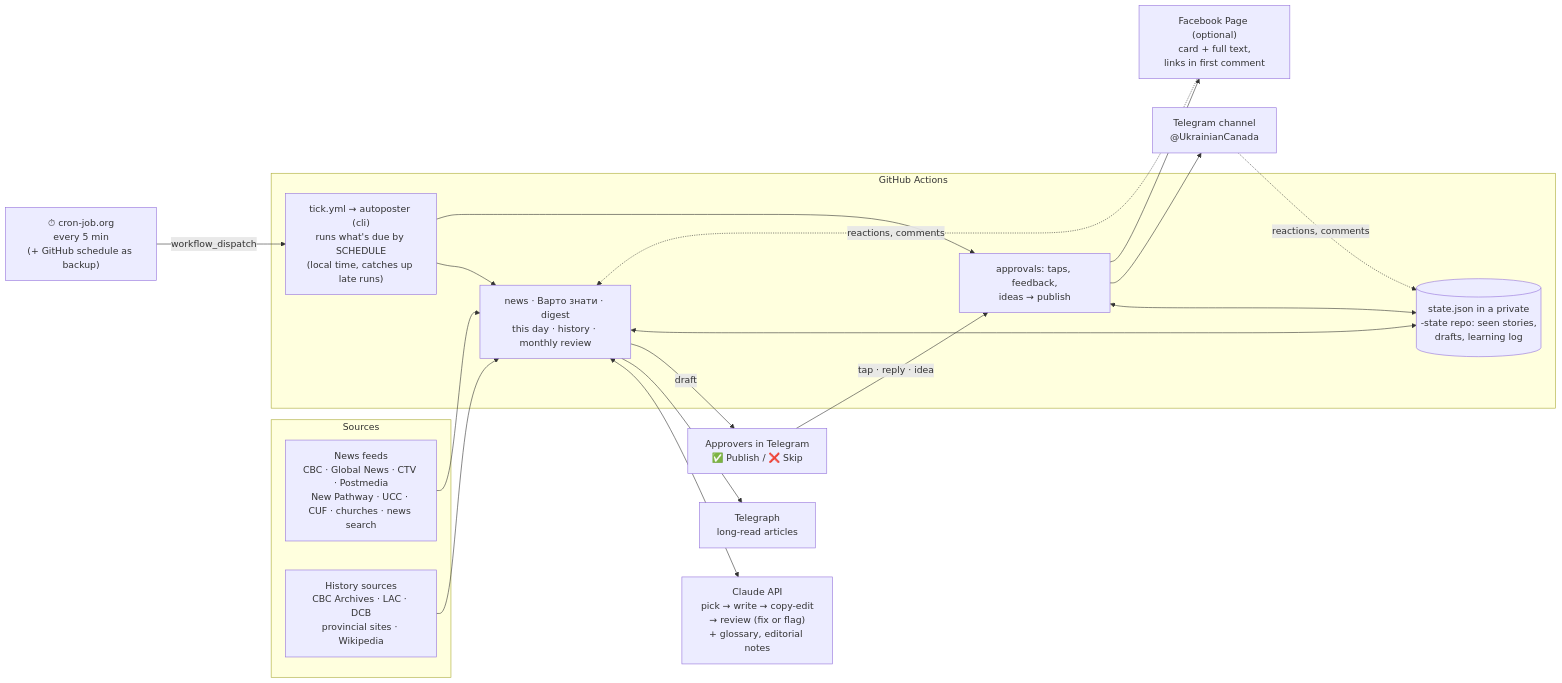
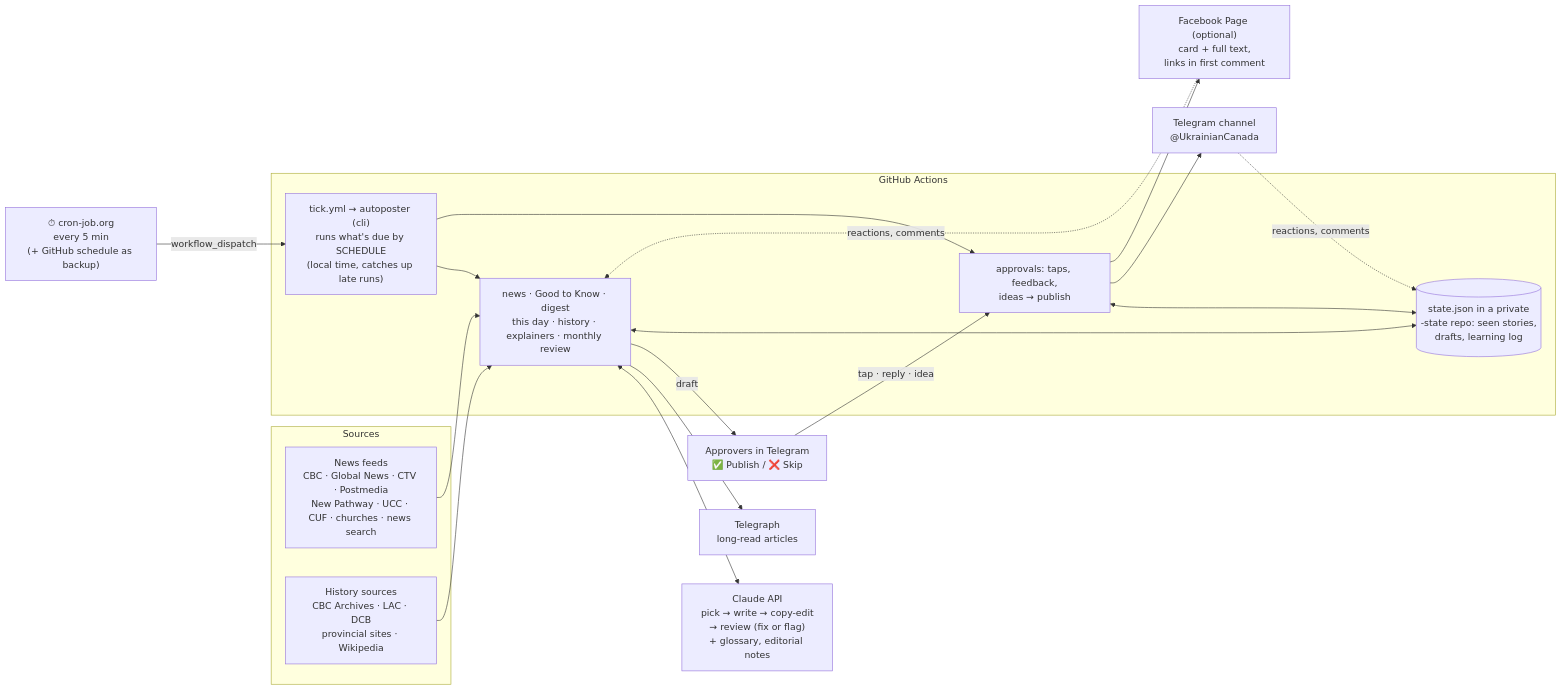
Before and after one commit to hitechparadigm/community-ai-autoposter: the first of 2 diagrams in README.md, drawn with Mermaid. The commit also changed other lines of this file, not shown here.

````diff
--- a/README.md
+++ b/README.md
@@ -125,35 +137,35 @@
 ```mermaid
 flowchart LR
     T["⏱ cron-job.org<br/>every 5 min<br/>(+ GitHub schedule as backup)"]
     subgraph Sources
         N["News feeds<br/>CBC · Global News · CTV · Postmedia<br/>New Pathway · UCC · CUF · churches · news search"]
         H["History sources<br/>CBC Archives · LAC · DCB<br/>provincial sites · Wikipedia"]
     end
     subgraph GH["GitHub Actions"]
         K["tick.yml → autoposter (cli)<br/>runs what's due by SCHEDULE<br/>(local time, catches up late runs)"]
-        D["news · Варто знати · digest<br/>this day · history · monthly review"]
+        D["news · Good to Know · digest<br/>this day · history · explainers · monthly review"]
         P["approvals: taps, feedback,<br/>ideas → publish"]
         S[("state.json in a private<br/>-state repo: seen stories,<br/>drafts, learning log")]
     end
     C["Claude API<br/>pick → write → copy-edit<br/>→ review (fix or flag)<br/>+ glossary, editorial notes"]
     TG["Telegraph<br/>long-read articles"]
     A["Approvers in Telegram<br/>✅ Publish / ❌ Skip"]
     CH["Telegram channel<br/>@UkrainianCanada"]
     FB["Facebook Page (optional)<br/>card + full text,<br/>links in first comment"]
 
     T -- "workflow_dispatch" --> K
     K --> D
     K --> P
     N --> D
     H --> D
     D <--> C
     D --> TG
     D -- draft --> A
     D <--> S
     A -- "tap · reply · idea" --> P
     CH -. "reactions, comments" .-> S
     FB -. "reactions, comments" .-> D
     P <--> S
     P --> CH
     P --> FB
 ```
````
